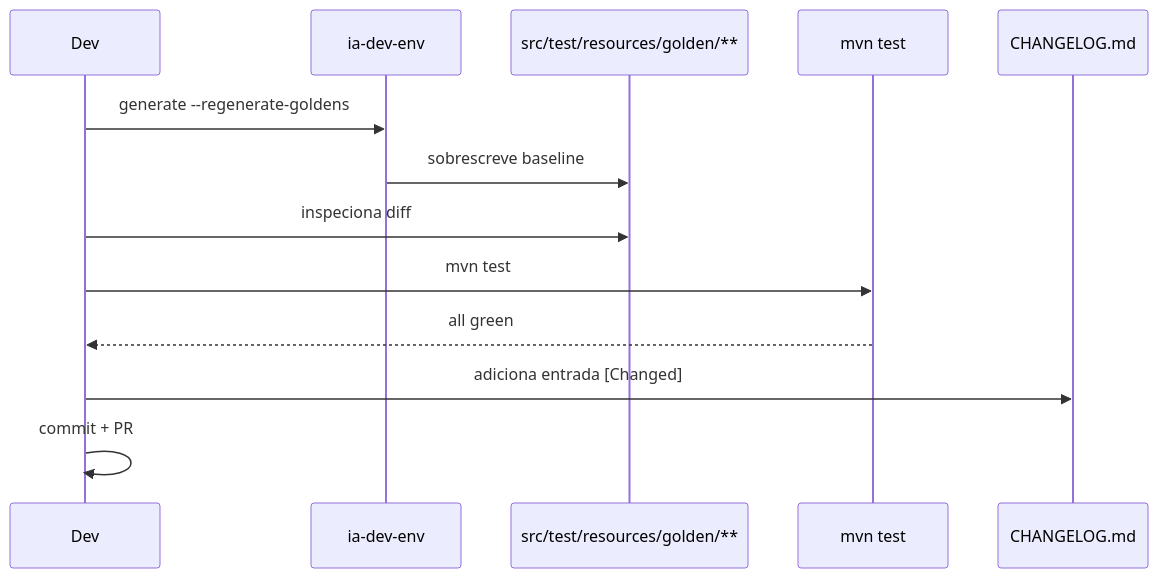
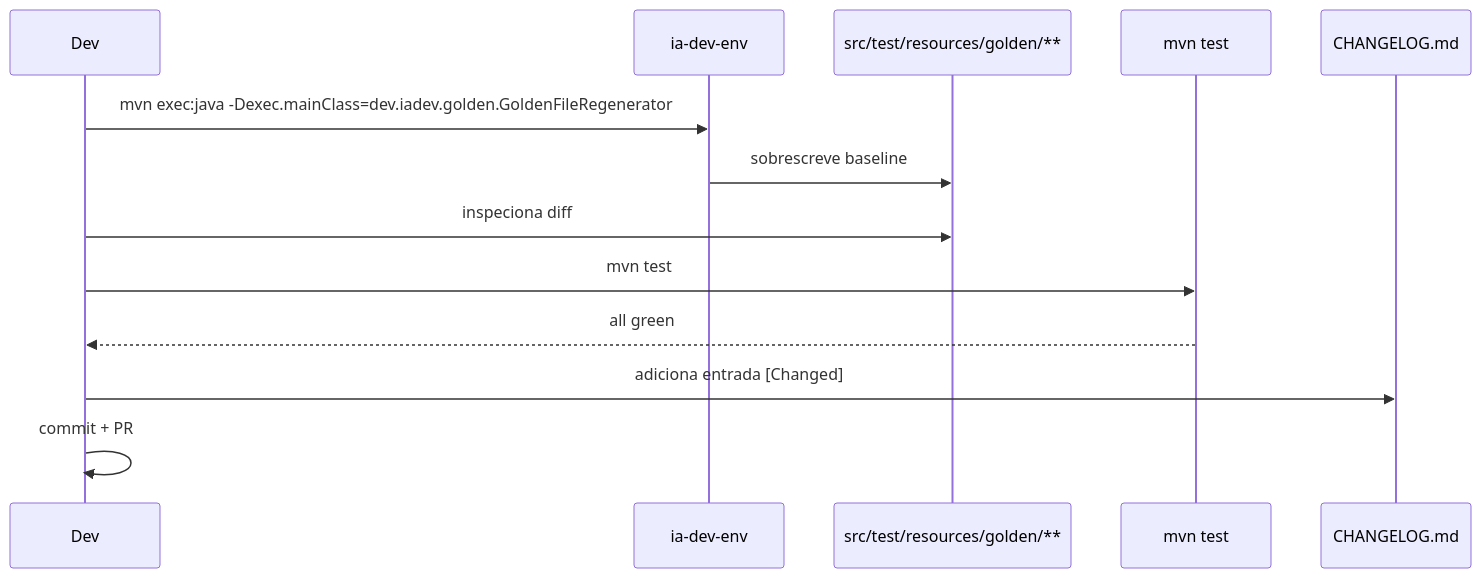
Before and after one commit to edercnj/ia-dev-environment: the diagram in plans/epic-0056/story-0056-0008.md, drawn with Mermaid. The commit also changed other lines of this file and 8 other files, not shown here.

````diff
--- a/plans/epic-0056/story-0056-0008.md
+++ b/plans/epic-0056/story-0056-0008.md
@@ -70,16 +70,16 @@
 ```mermaid
 sequenceDiagram
     participant Dev
     participant Gen as ia-dev-env
     participant Golden as src/test/resources/golden/**
     participant Tests as mvn test
     participant CL as CHANGELOG.md
 
-    Dev->>Gen: generate --regenerate-goldens
+    Dev->>Gen: mvn exec:java -Dexec.mainClass=dev.iadev.golden.GoldenFileRegenerator
     Gen->>Golden: sobrescreve baseline
     Dev->>Golden: inspeciona diff
     Dev->>Tests: mvn test
     Tests-->>Dev: all green
     Dev->>CL: adiciona entrada [Changed]
     Dev->>Dev: commit + PR
 ```
````
